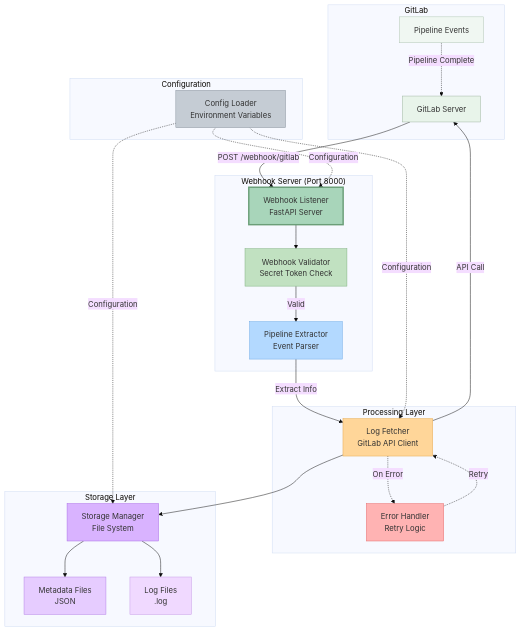
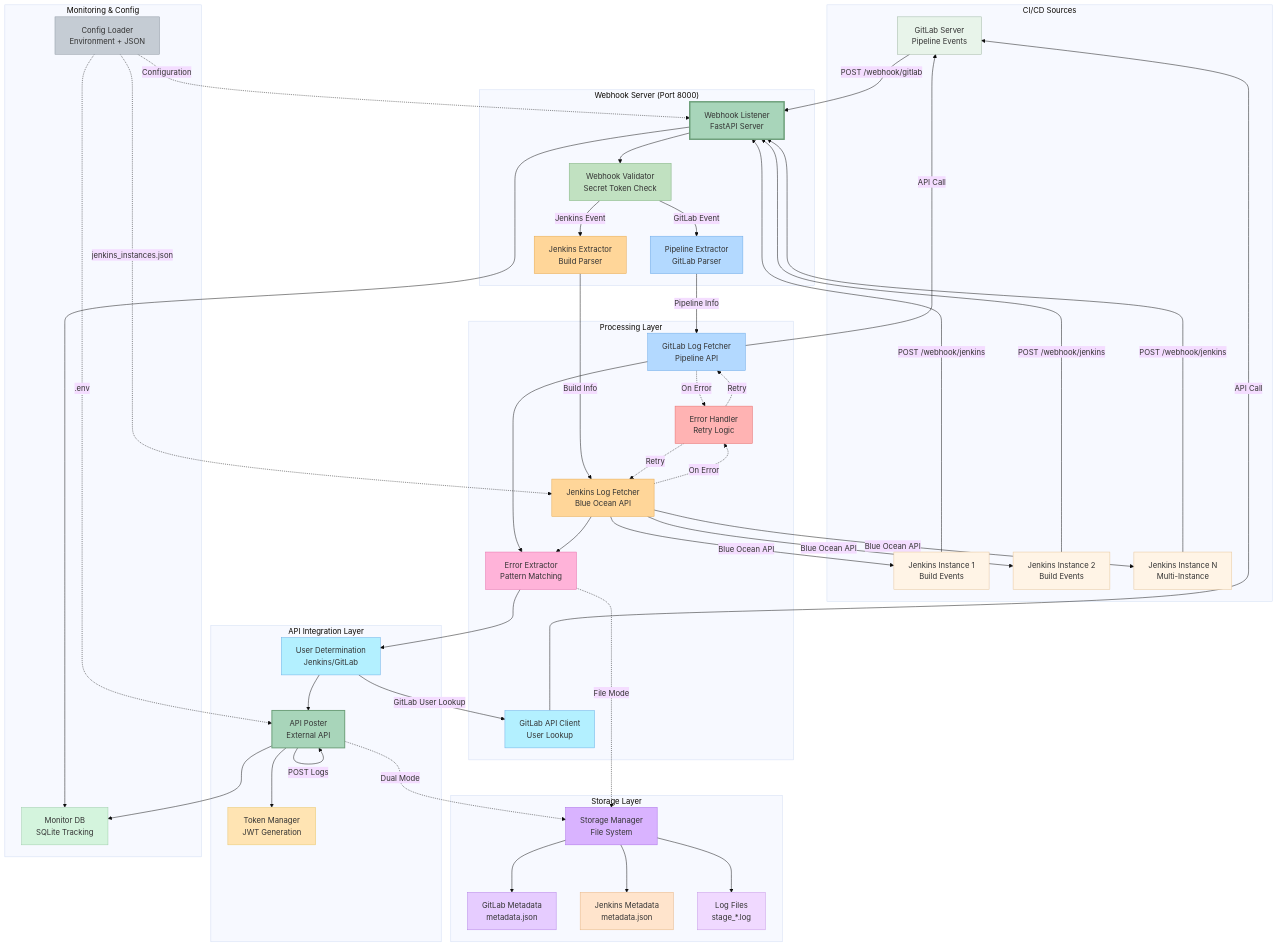
One commit to vigneshpalanivelr/extract-build-logs changed the second of 5 diagrams in DOCUMENTATION.md. Above: the diagram before and after it, drawn with Mermaid (base theme). The commit also changed other lines of this file, not shown here.

````diff
--- a/DOCUMENTATION.md
+++ b/DOCUMENTATION.md
@@ -182,55 +262,111 @@
 ```mermaid
 graph TB
-    subgraph "GitLab"
-        GL[GitLab Server]
-        PIPE[Pipeline Events]
+    subgraph "CI/CD Sources"
+        GL[GitLab Server<br/>Pipeline Events]
+        JK1[Jenkins Instance 1<br/>Build Events]
+        JK2[Jenkins Instance 2<br/>Build Events]
+        JK3[Jenkins Instance N<br/>Multi-Instance]
     end
 
     subgraph "Webhook Server (Port 8000)"
         WH[Webhook Listener<br/>FastAPI Server]
         VAL[Webhook Validator<br/>Secret Token Check]
-        PARSE[Pipeline Extractor<br/>Event Parser]
+        PARSE[Pipeline Extractor<br/>GitLab Parser]
+        JPARSE[Jenkins Extractor<br/>Build Parser]
     end
 
     subgraph "Processing Layer"
-        FETCH[Log Fetcher<br/>GitLab API Client]
+        GLFETCH[GitLab Log Fetcher<br/>Pipeline API]
+        JKFETCH[Jenkins Log Fetcher<br/>Blue Ocean API]
+        GLAPI[GitLab API Client<br/>User Lookup]
+        ERREXT[Error Extractor<br/>Pattern Matching]
         RETRY[Error Handler<br/>Retry Logic]
+    end
+
+    subgraph "API Integration Layer"
+        APIPOSTER[API Poster<br/>External API]
+        TOKENMGR[Token Manager<br/>JWT Generation]
+        USERDET[User Determination<br/>Jenkins/GitLab]
     end
 
     subgraph "Storage Layer"
         STORE[Storage Manager<br/>File System]
-        META[Metadata Files<br/>JSON]
-        LOGS[Log Files<br/>.log]
+        GLMETA[GitLab Metadata<br/>metadata.json]
+        JKMETA[Jenkins Metadata<br/>metadata.json]
+        LOGS[Log Files<br/>stage_*.log]
     end
 
-    subgraph "Configuration"
-        CONFIG[Config Loader<br/>Environment Variables]
+    subgraph "Monitoring & Config"
+        CONFIG[Config Loader<br/>Environment + JSON]
+        MONITOR[Monitor DB<br/>SQLite Tracking]
     end
 
     GL -->|POST /webhook/gitlab| WH
-    PIPE -.->|Pipeline Complete| GL
+    JK1 -->|POST /webhook/jenkins| WH
+    JK2 -->|POST /webhook/jenkins| WH
+    JK3 -->|POST /webhook/jenkins| WH
+
     WH --> VAL
-    VAL -->|Valid| PARSE
-    PARSE -->|Extract Info| FETCH
-    FETCH -->|API Call| GL
-    FETCH -.->|On Error| RETRY
-    RETRY -.->|Retry| FETCH
-    FETCH --> STORE
-    STORE --> META
+    VAL -->|GitLab Event| PARSE
+    VAL -->|Jenkins Event| JPARSE
+
+    PARSE -->|Pipeline Info| GLFETCH
+    JPARSE -->|Build Info| JKFETCH
+
+    GLFETCH -->|API Call| GL
+    JKFETCH -->|Blue Ocean API| JK1
+    JKFETCH -->|Blue Ocean API| JK2
+    JKFETCH -->|Blue Ocean API| JK3
+
+    GLFETCH -.->|On Error| RETRY
+    JKFETCH -.->|On Error| RETRY
+    RETRY -.->|Retry| GLFETCH
+    RETRY -.->|Retry| JKFETCH
+
+    GLFETCH --> ERREXT
+    JKFETCH --> ERREXT
+    ERREXT --> USERDET
+
+    USERDET -->|GitLab User Lookup| GLAPI
+    GLAPI -->|API Call| GL
+    USERDET --> APIPOSTER
+
+    APIPOSTER --> TOKENMGR
+    APIPOSTER -->|POST Logs| APIPOSTER
+    APIPOSTER -.->|Dual Mode| STORE
+
+    ERREXT -.->|File Mode| STORE
+    STORE --> GLMETA
+    STORE --> JKMETA
     STORE --> LOGS
+
+    WH --> MONITOR
+    APIPOSTER --> MONITOR
+
     CONFIG -.->|Configuration| WH
-    CONFIG -.->|Configuration| FETCH
-    CONFIG -.->|Configuration| STORE
+    CONFIG -.->|jenkins_instances.json| JKFETCH
+    CONFIG -.->|.env| APIPOSTER
 
     style WH fill:#a8d5ba,stroke:#6b9e78,stroke-width:3px
     style VAL fill:#c1e1c1,stroke:#7eb07e
     style PARSE fill:#b3d9ff,stroke:#6ba8e6
-    style FETCH fill:#ffd699,stroke:#e6a84d
+    style JPARSE fill:#ffd699,stroke:#e6a84d
+    style GLFETCH fill:#b3d9ff,stroke:#6ba8e6
+    style JKFETCH fill:#ffd699,stroke:#e6a84d
+    style GLAPI fill:#b3f0ff,stroke:#6baee6
+    style ERREXT fill:#ffb3d9,stroke:#e66ba8
     style RETRY fill:#ffb3b3,stroke:#e66b6b
+    style APIPOSTER fill:#a8d5ba,stroke:#6b9e78,stroke-width:2px
+    style TOKENMGR fill:#ffe4b3,stroke:#e6c56b
+    style USERDET fill:#b3f0ff,stroke:#6baee6
     style STORE fill:#d9b3ff,stroke:#a86be6
-    style META fill:#e6ccff,stroke:#b380e6
+    style GLMETA fill:#e6ccff,stroke:#b380e6
+    style JKMETA fill:#ffe4cc,stroke:#e6b380
     style LOGS fill:#f0d9ff,stroke:#c699e6
     style CONFIG fill:#c5ccd4,stroke:#8b95a1
+    style MONITOR fill:#d4f4dd,stroke:#9bcca8
     style GL fill:#e8f4ea,stroke:#9db5a0
-    style PIPE fill:#f0f7f2,stroke:#b0c5b3
+    style JK1 fill:#fff4e6,stroke:#e6c599
+    style JK2 fill:#fff4e6,stroke:#e6c599
+    style JK3 fill:#fff4e6,stroke:#e6c599
 ```
````
